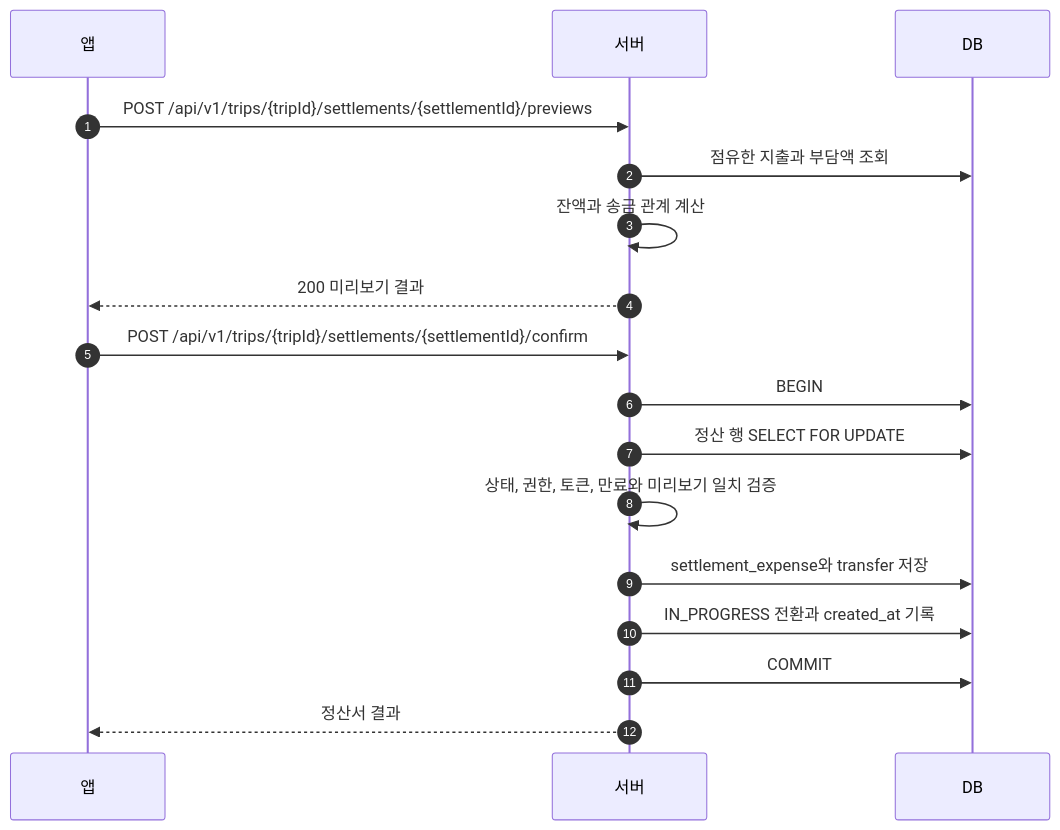
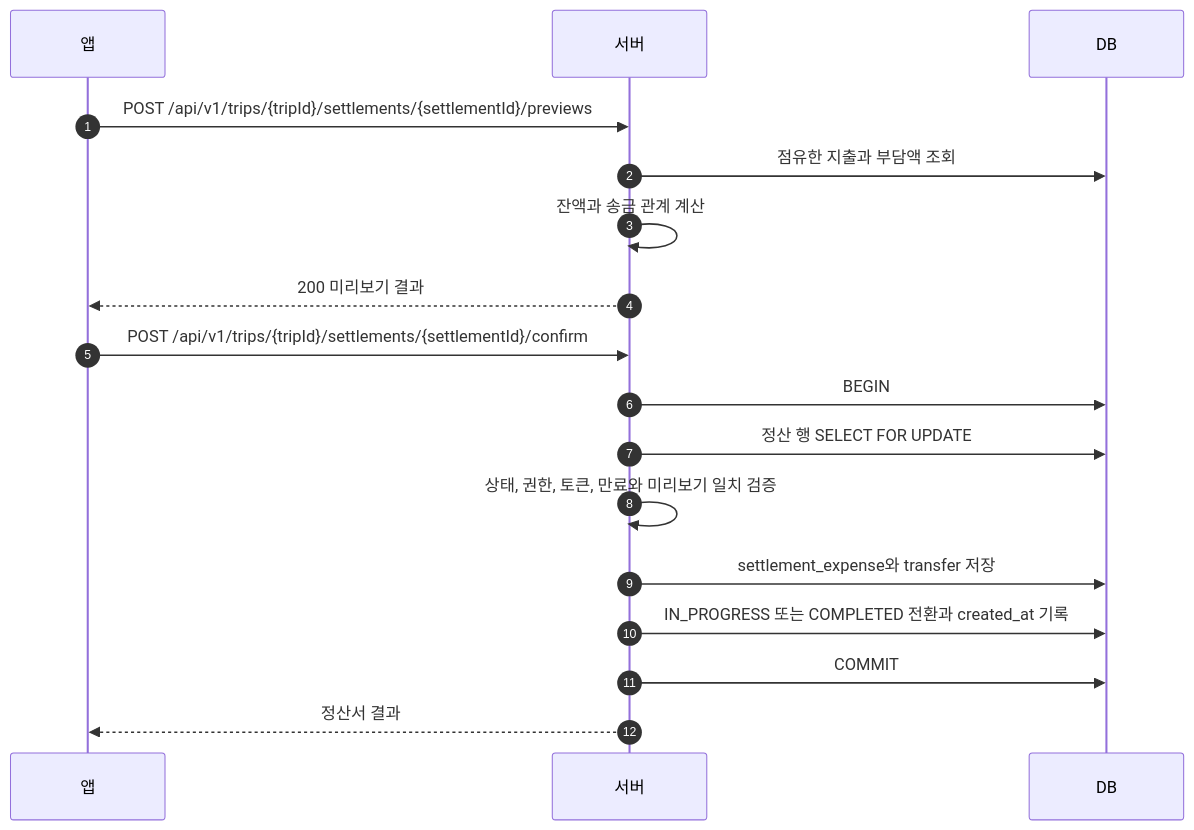
The third of 3 diagrams in design/settlement.md (JECT-Study/Billit-5th-Docs), drawn with Mermaid before and after one commit. The commit also changed other lines of this file and 2 other files, not shown here.

Commit message:
docs: 송금 관계 0건 정산의 완료 기준 반영 (#133)

````diff
--- a/design/settlement.md
+++ b/design/settlement.md
@@ -353,20 +353,20 @@
 ```mermaid
 sequenceDiagram
     autonumber
     participant App as 앱
     participant Server as 서버
     participant DB as DB
 
     App->>Server: POST /api/v1/trips/{tripId}/settlements/{settlementId}/previews
     Server->>DB: 점유한 지출과 부담액 조회
     Server->>Server: 잔액과 송금 관계 계산
     Server-->>App: 200 미리보기 결과
     App->>Server: POST /api/v1/trips/{tripId}/settlements/{settlementId}/confirm
     Server->>DB: BEGIN
     Server->>DB: 정산 행 SELECT FOR UPDATE
     Server->>Server: 상태, 권한, 토큰, 만료와 미리보기 일치 검증
     Server->>DB: settlement_expense와 transfer 저장
-    Server->>DB: IN_PROGRESS 전환과 created_at 기록
+    Server->>DB: IN_PROGRESS 또는 COMPLETED 전환과 created_at 기록
     Server->>DB: COMMIT
     Server-->>App: 정산서 결과
 ```
````
